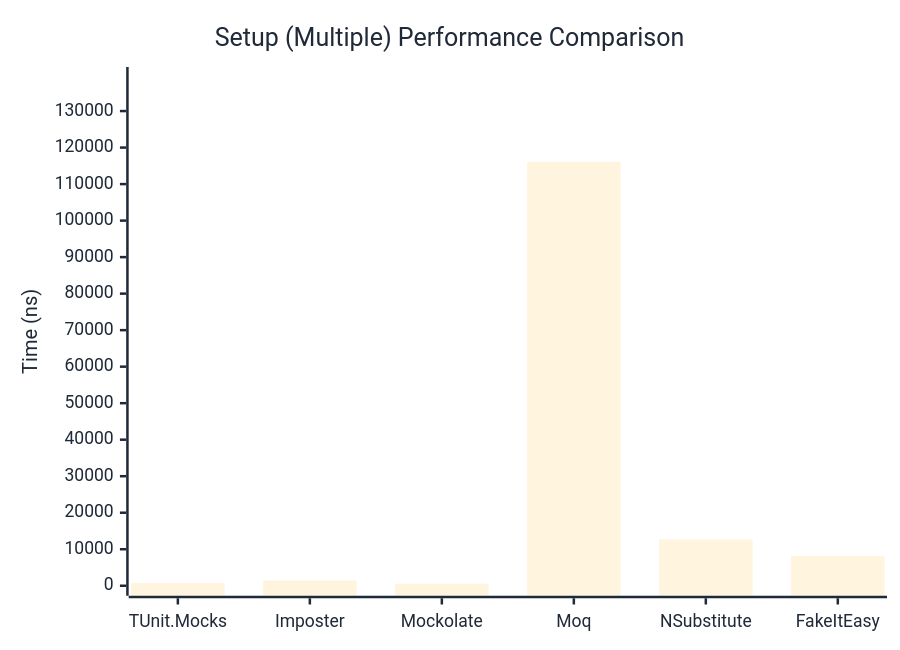
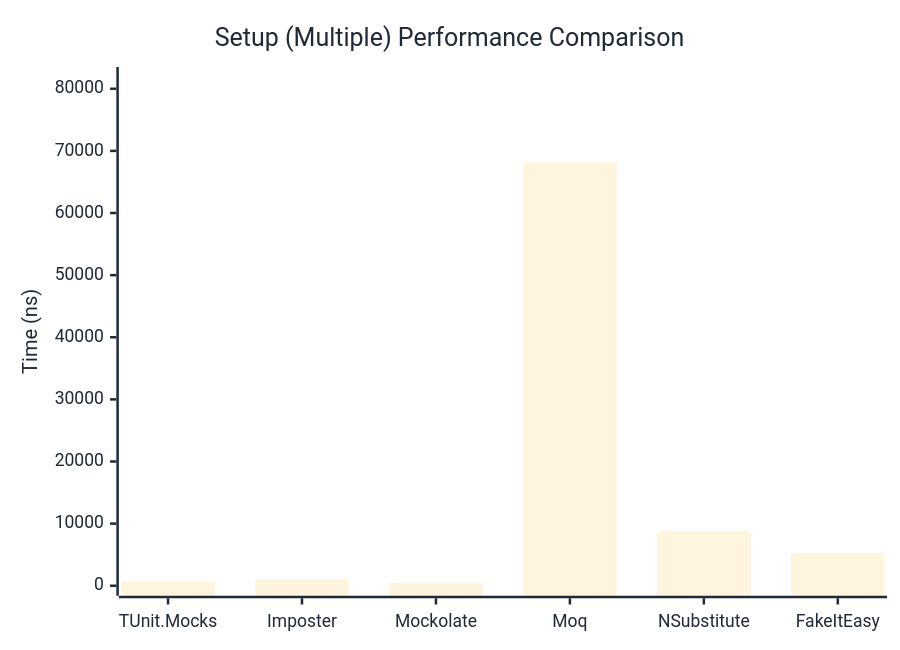
The second of 2 diagrams in docs/docs/benchmarks/mocks/Setup.md (thomhurst/TUnit), drawn with Mermaid before and after one commit. The commit also changed other lines of this file and 14 other files, not shown here.

````diff
--- a/docs/docs/benchmarks/mocks/Setup.md
+++ b/docs/docs/benchmarks/mocks/Setup.md
@@ -71,27 +71,27 @@
 ```mermaid
 %%{init: {
   'theme':'base',
   'themeVariables': {
     'primaryColor': '#2563eb',
     'primaryTextColor': '#1f2937',
     'primaryBorderColor': '#1e40af',
     'lineColor': '#6b7280',
     'secondaryColor': '#7c3aed',
     'tertiaryColor': '#dc2626',
     'background': '#ffffff',
     'pie1': '#2563eb',
     'pie2': '#7c3aed',
     'pie3': '#dc2626',
     'pie4': '#f59e0b',
     'pie5': '#10b981',
     'pie6': '#06b6d4',
     'pie7': '#ec4899',
     'pie8': '#6366f1'
   }
 }}%%
 xychart-beta
   title "Setup (Multiple) Performance Comparison"
   x-axis ["TUnit.Mocks", "Imposter", "Mockolate", "Moq", "NSubstitute", "FakeItEasy"]
-  y-axis "Time (ns)" 0 --> 139328
-  bar [779.3, 1454.5, 557, 116106.6, 12669.9, 8169]
+  y-axis "Time (ns)" 0 --> 81895
+  bar [634.5, 1092.4, 451.3, 68245.5, 8834.2, 5237.2]
 ```
````
